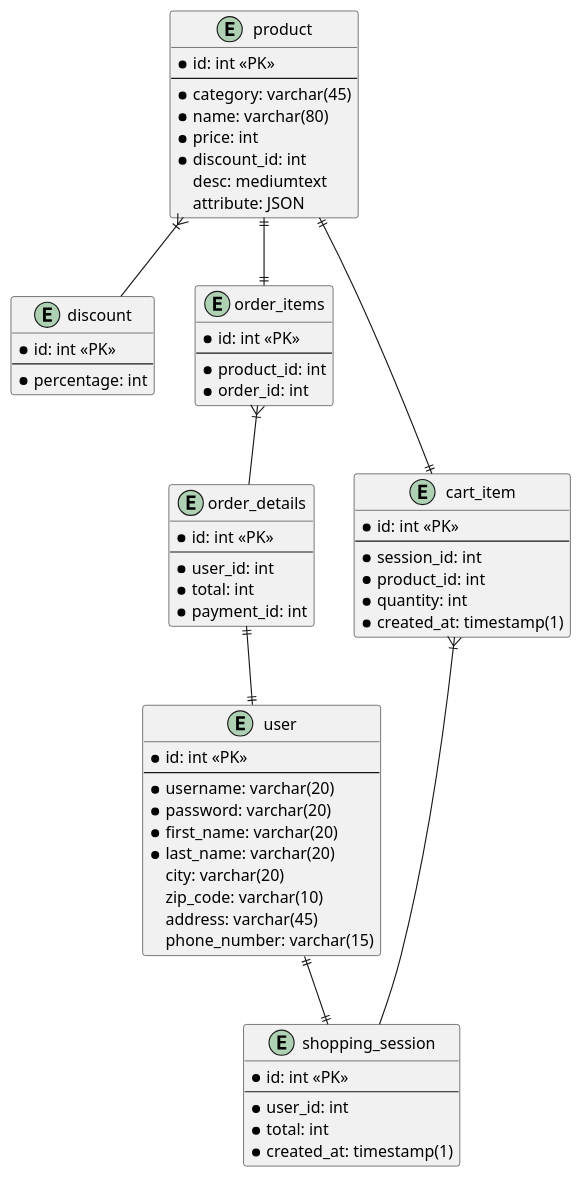
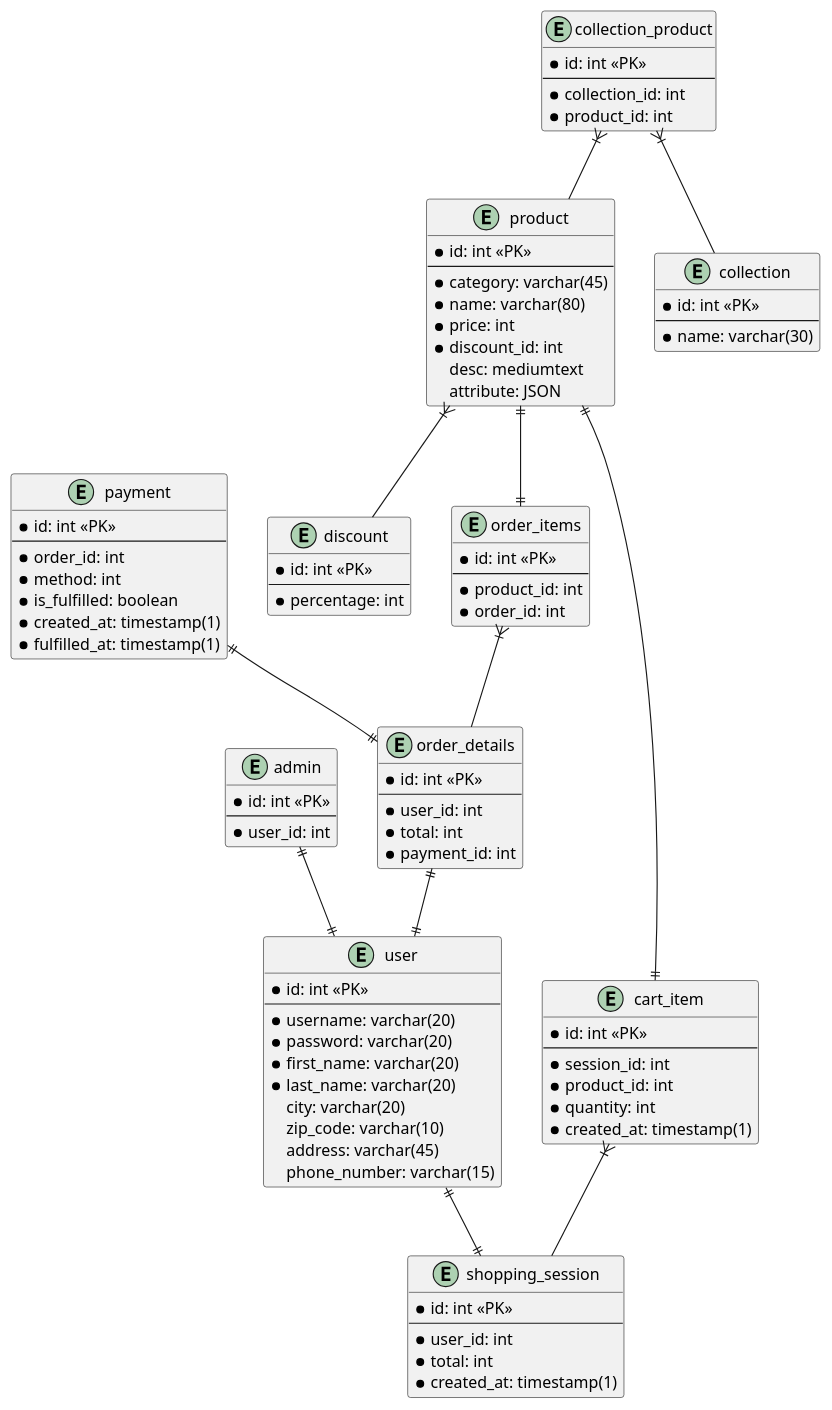
One commit to vincent01110/szfm changed the diagram in database/schema.puml. Above: the diagram before and after it, drawn with PlantUML. The commit also changed 3 other files, not shown here.

Commit message:
schema and uml script modified

```diff
--- a/database/schema.puml
+++ b/database/schema.puml
@@ -1,67 +1,94 @@
 @startuml webshop
 entity product{
   * id: int <<PK>>
   --
   * category: varchar(45)
   * name: varchar(80)
   * price: int
   * discount_id: int
   desc: mediumtext
   attribute: JSON
 }
 entity discount{
   * id: int <<PK>>
   --
   * percentage: int
 }
 entity order_items{
   * id: int <<PK>>
   --
   * product_id: int
   * order_id: int
 }
 entity order_details{
   * id: int <<PK>>
   --
   * user_id: int
   * total: int
   * payment_id: int
 }
 entity cart_item{
   * id: int <<PK>>
   --
   * session_id: int
   * product_id: int
   * quantity: int
   * created_at: timestamp(1)
 }
 entity shopping_session{
   * id: int <<PK>>
   --
   * user_id: int
   * total: int
   * created_at: timestamp(1)
 }
 entity user{
   * id: int <<PK>>
   --
   * username: varchar(20)
   * password: varchar(20)
   * first_name: varchar(20)
   * last_name: varchar(20)
   city: varchar(20)
   zip_code: varchar(10)
   address: varchar(45)
   phone_number: varchar(15)
 }
-
-
+entity admin{
+  * id: int <<PK>>
+  --
+  * user_id: int
+}
+entity payment{
+  * id: int <<PK>>
+  --
+  * order_id: int
+  * method: int
+  * is_fulfilled: boolean
+  * created_at: timestamp(1)
+  * fulfilled_at: timestamp(1)
+}
+entity collection{
+  * id: int <<PK>>
+  --
+  * name: varchar(30)
+}
+entity collection_product{
+  * id: int <<PK>>
+  --
+  * collection_id: int
+  * product_id: int
+}
 
 product }|-- discount
 product ||--|| cart_item
 product ||--|| order_items
 order_items }|-- order_details
 order_details ||--|| user
 user ||--|| shopping_session
 cart_item }|-- shopping_session
+payment ||--|| order_details
+admin ||--|| user
+collection_product }|-- collection
+collection_product }|-- product
 @enduml
```
